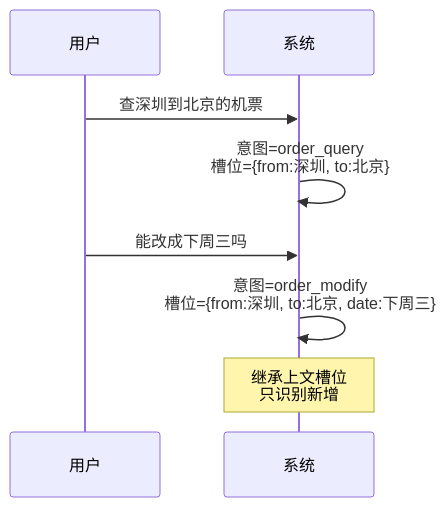
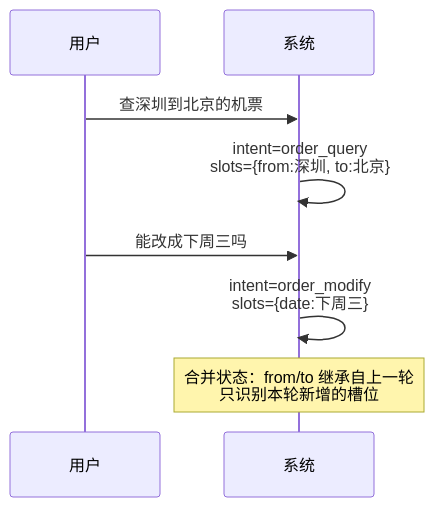
One commit to tanteng/blog changed the fourth of 7 diagrams in content/posts/intent-recognition-slm-vs-function-calling.md. Above: the diagram before and after it, drawn with Mermaid. The commit also changed other lines of this file, not shown here.

Commit message:
docs: 重写意图识别 SLM vs Function Calling 文章

````diff
--- a/content/posts/intent-recognition-slm-vs-function-calling.md
+++ b/content/posts/intent-recognition-slm-vs-function-calling.md
@@ -182,10 +502,10 @@
 ```mermaid
 sequenceDiagram
     participant U as 用户
     participant S as 系统
     U->>S: 查深圳到北京的机票
-    S->>S: 意图=order_query<br/>槽位={from:深圳, to:北京}
+    S->>S: intent=order_query<br/>slots={from:深圳, to:北京}
     U->>S: 能改成下周三吗
-    S->>S: 意图=order_modify<br/>槽位={from:深圳, to:北京, date:下周三}
-    Note over S: 继承上文槽位<br/>只识别新增
+    S->>S: intent=order_modify<br/>slots={date:下周三}
+    Note over S: 合并状态：from/to 继承自上一轮<br/>只识别本轮新增的槽位
 ```
````
